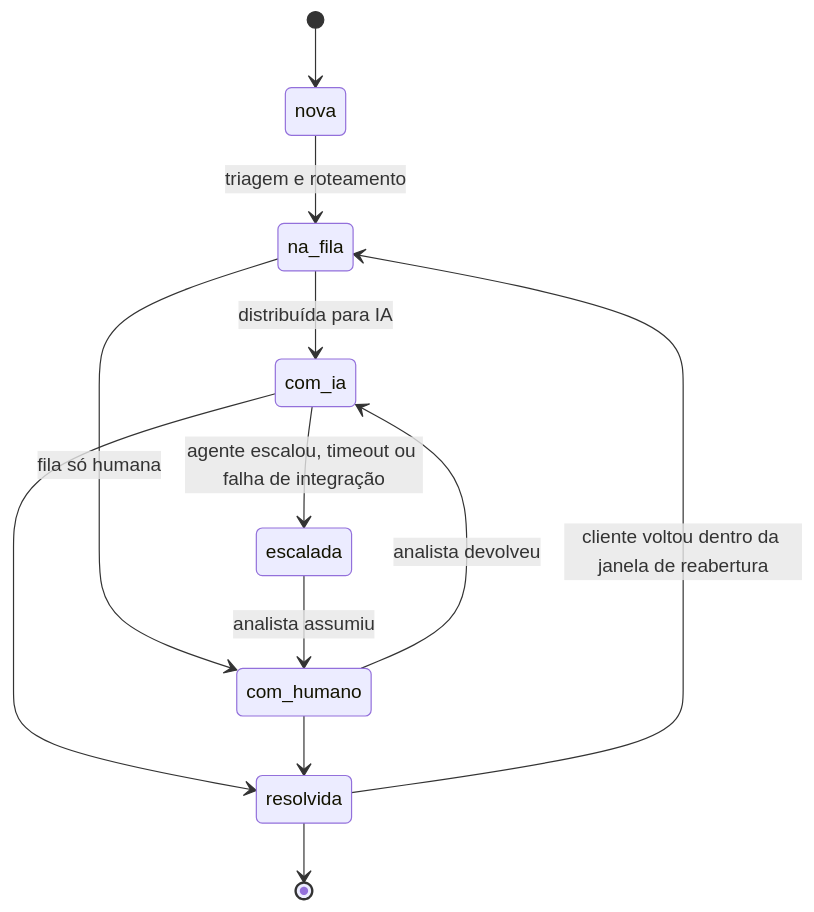
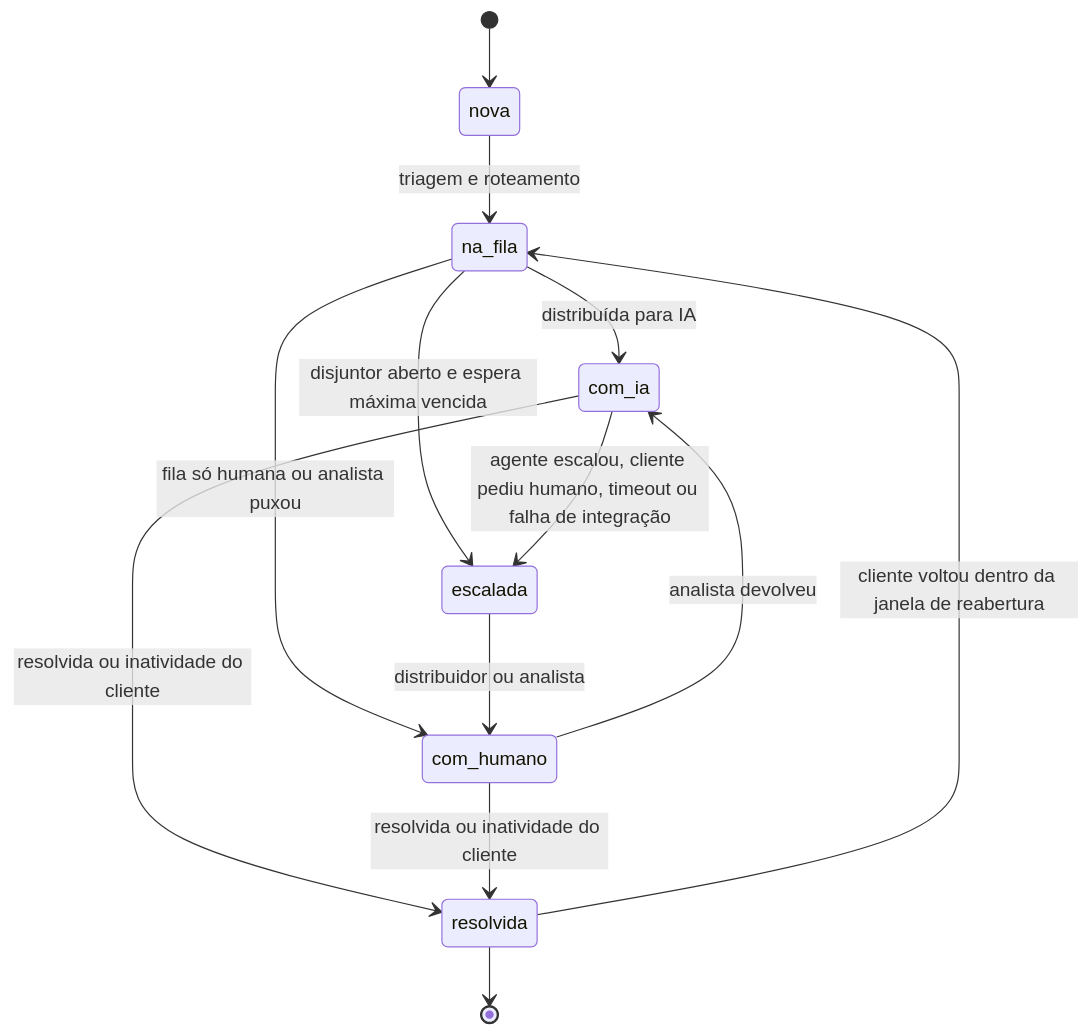
One commit to igor-rodriguess/Case_CloudWalk changed the third of 5 diagrams in docs/arquitetura.md. Above: the diagram before and after it, drawn with Mermaid. The commit also changed other lines of this file and 12 other files, not shown here.

````diff
--- a/docs/arquitetura.md
+++ b/docs/arquitetura.md
@@ -146,14 +148,15 @@
 ```mermaid
 stateDiagram-v2
     [*] --> nova
     nova --> na_fila: triagem e roteamento
     na_fila --> com_ia: distribuída para IA
-    na_fila --> com_humano: fila só humana
-    com_ia --> escalada: agente escalou, timeout ou falha de integração
-    escalada --> com_humano: analista assumiu
+    na_fila --> com_humano: fila só humana ou analista puxou
+    na_fila --> escalada: disjuntor aberto e espera máxima vencida
+    com_ia --> escalada: agente escalou, cliente pediu humano, timeout ou falha de integração
+    escalada --> com_humano: distribuidor ou analista
     com_humano --> com_ia: analista devolveu
-    com_ia --> resolvida
-    com_humano --> resolvida
+    com_ia --> resolvida: resolvida ou inatividade do cliente
+    com_humano --> resolvida: resolvida ou inatividade do cliente
     resolvida --> na_fila: cliente voltou dentro da janela de reabertura
     resolvida --> [*]
 ```
````
